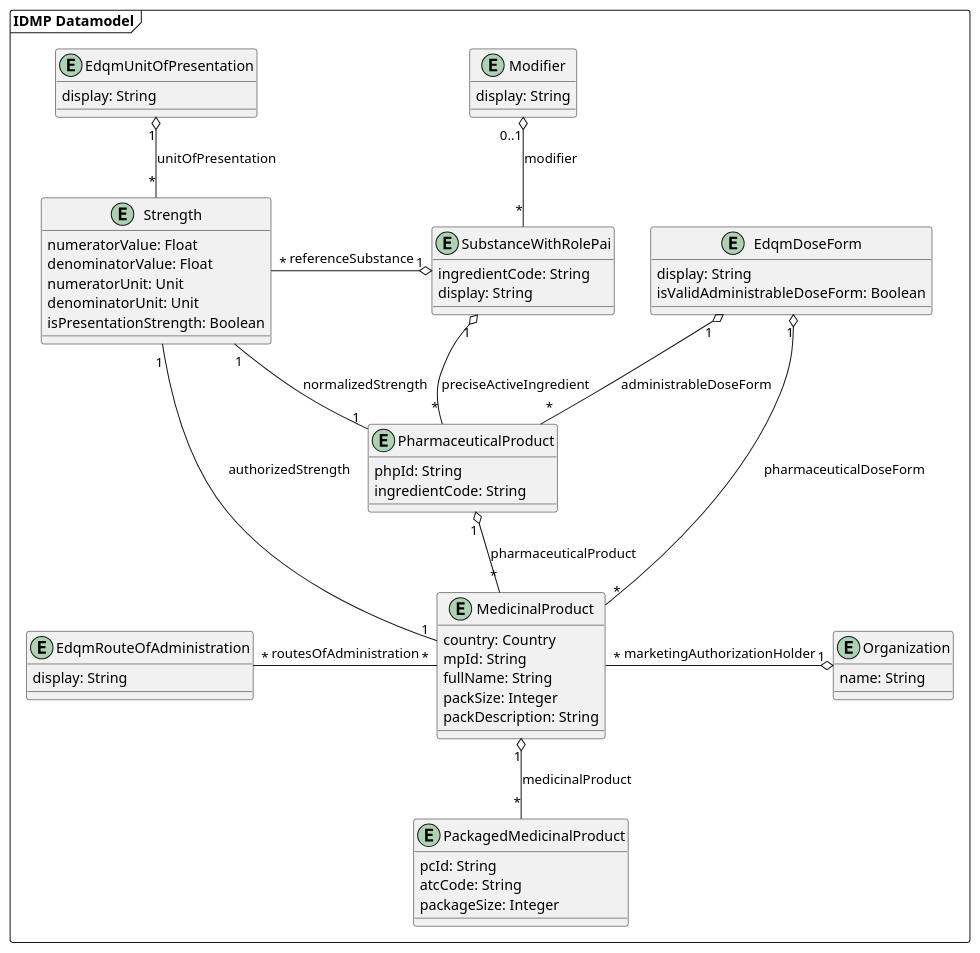
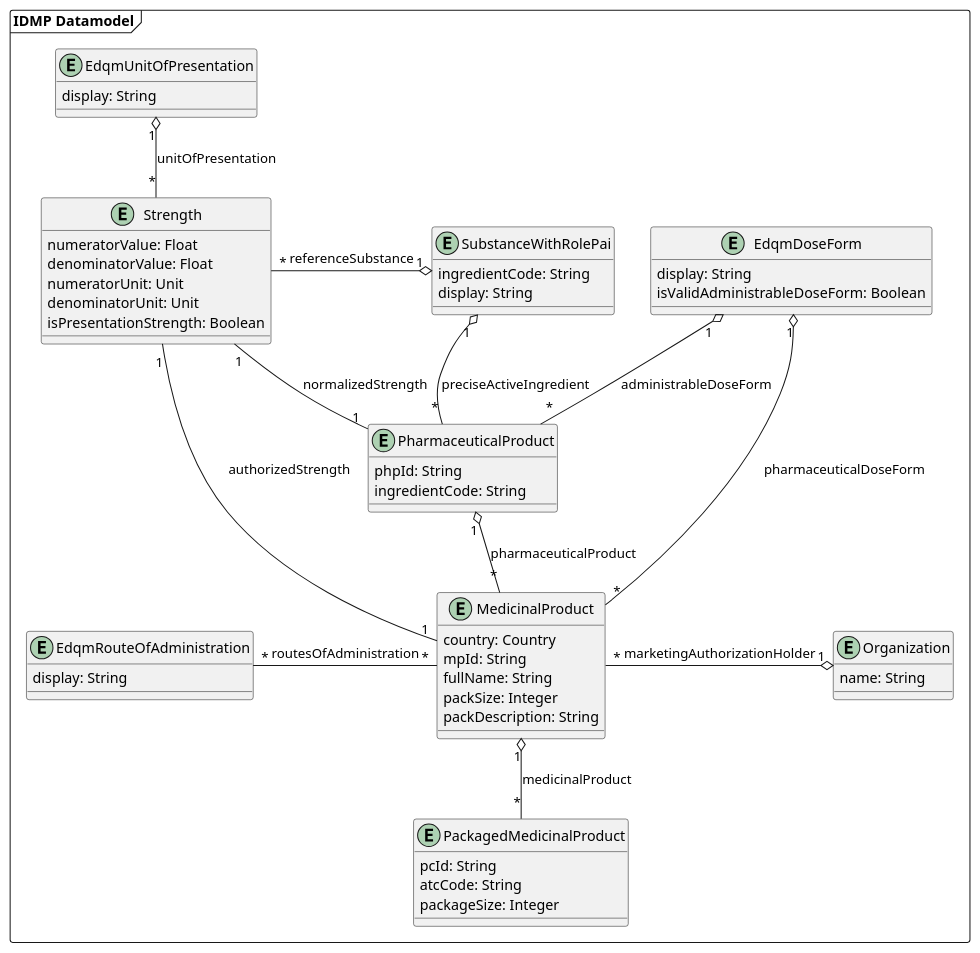
One commit to unicom-project-eu/wp6-db-api changed the diagram in uml/class/datamodel.puml. Above: the diagram before and after it, drawn with PlantUML.

Commit message:
Semplified modifier

```diff
--- a/uml/class/datamodel.puml
+++ b/uml/class/datamodel.puml
@@ -1,78 +1,72 @@
 @startuml
 'https://plantuml.com/class-diagram
 
 package "IDMP Datamodel" as idmpDatamodel <<frame>> {
     entity EdqmRouteOfAdministration {
         display: String
     }
 
     entity EdqmUnitOfPresentation {
-        display: String
-    }
-
-    entity Modifier {
         display: String
     }
 
     together {
         entity EdqmDoseForm {
             display: String
             isValidAdministrableDoseForm: Boolean
         }
 
         entity Strength {
             numeratorValue: Float
             denominatorValue: Float
             numeratorUnit: Unit
             denominatorUnit: Unit
             isPresentationStrength: Boolean
         }
 
         entity SubstanceWithRolePai {
             ingredientCode: String
             display: String
         }
     }
 
     entity PharmaceuticalProduct {
         phpId: String
         ingredientCode: String
     }
 
     entity MedicinalProduct {
         country: Country
         mpId: String
         fullName: String
         packSize: Integer
         packDescription: String
     }
 
     entity PackagedMedicinalProduct {
         pcId: String
         atcCode: String
         packageSize: Integer
     }
 
     entity Organization {
         name: String
     }
 
-    Modifier "0..1" o-- "*" SubstanceWithRolePai : modifier
-
     SubstanceWithRolePai "1" o------ "*" PharmaceuticalProduct : preciseActiveIngredient
     EdqmDoseForm "1" o-- "*" PharmaceuticalProduct : administrableDoseForm
     Strength "1" -- "1" PharmaceuticalProduct : normalizedStrength
 
     PharmaceuticalProduct "1" o-- "*" MedicinalProduct : pharmaceuticalProduct
 
     MedicinalProduct "1" o-- "*" PackagedMedicinalProduct : medicinalProduct
     MedicinalProduct "*" --o "1" EdqmDoseForm : pharmaceuticalDoseForm
     MedicinalProduct "1" -- "1" Strength : authorizedStrength
     EdqmRouteOfAdministration "*" - "*" MedicinalProduct : routesOfAdministration
     EdqmUnitOfPresentation "1" o-- "*" Strength: unitOfPresentation
 
     MedicinalProduct "*" -o "1" Organization : marketingAuthorizationHolder
 
     Strength "*" -o "1" SubstanceWithRolePai : referenceSubstance
 }
 @enduml
```
